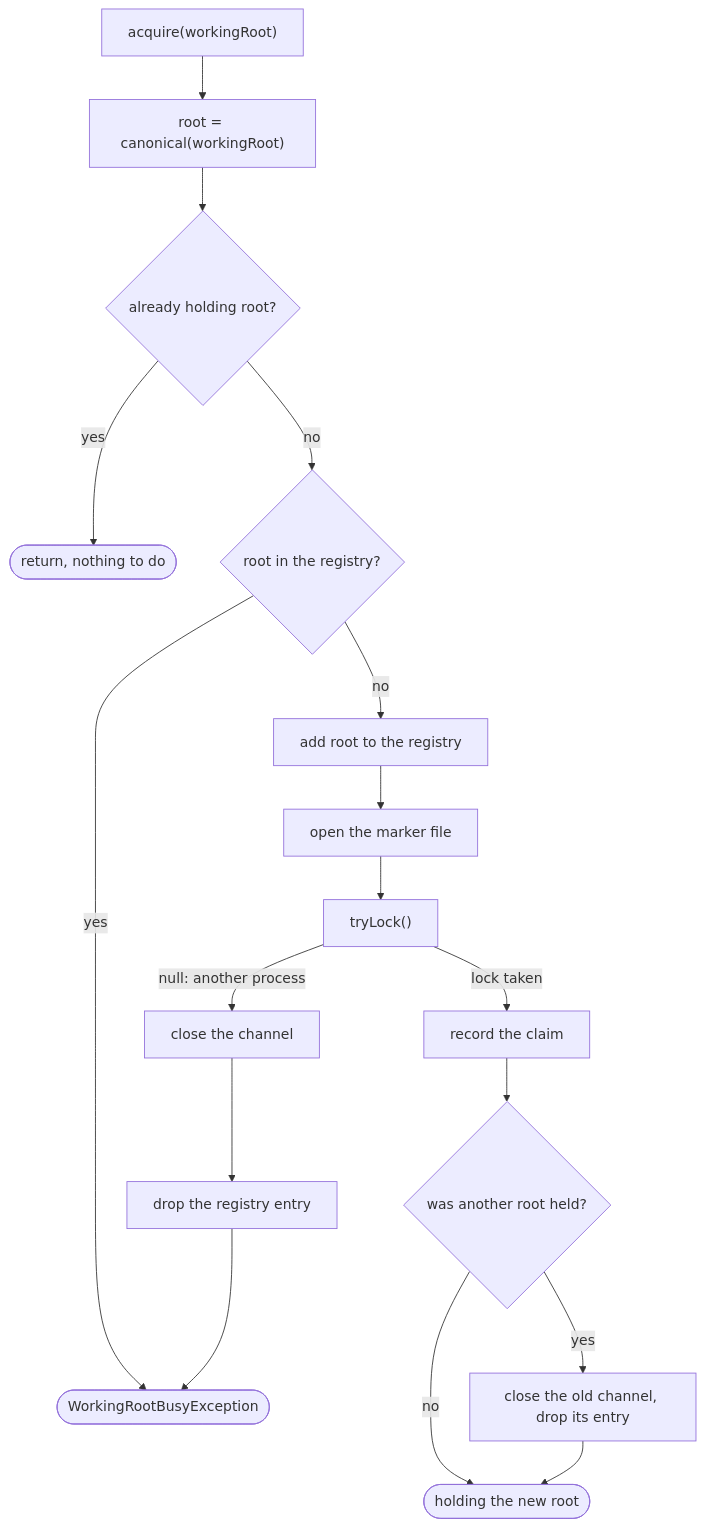
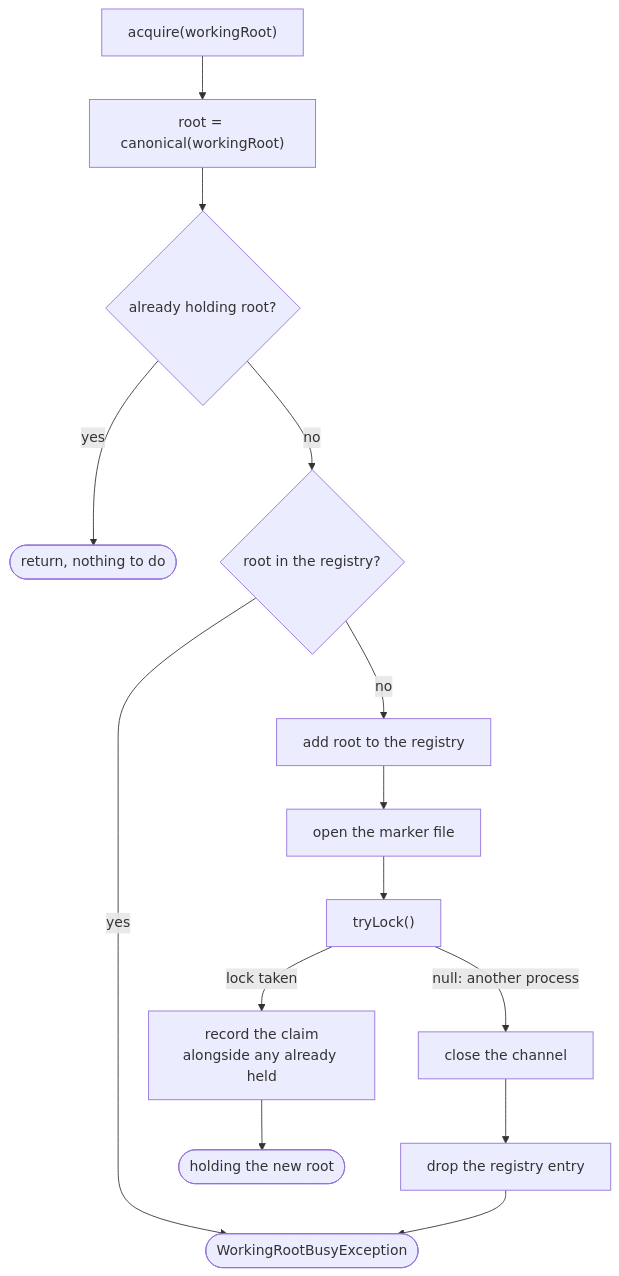
One commit to AdrianNachev91/sluice changed the diagram in app/docs/design/adapter/fs/working-root-lock.md. Above: the diagram before and after it, drawn with Mermaid. The commit also changed other lines of this file and 29 other files, not shown here.

````diff
--- a/app/docs/design/adapter/fs/working-root-lock.md
+++ b/app/docs/design/adapter/fs/working-root-lock.md
@@ -13,19 +13,16 @@
 ```mermaid
 flowchart TD
     A["acquire(workingRoot)"] --> B["root = canonical(workingRoot)"]
     B --> C{"already holding root?"}
     C -- yes --> D(["return, nothing to do"])
     C -- no --> E{"root in the registry?"}
     E -- yes --> F(["WorkingRootBusyException"])
     E -- no --> G["add root to the registry"]
     G --> H["open the marker file"]
     H --> I["tryLock()"]
     I -- "null: another process" --> J["close the channel"]
     J --> K["drop the registry entry"]
     K --> F
-    I -- "lock taken" --> L["record the claim"]
-    L --> M{"was another root held?"}
-    M -- no --> N(["holding the new root"])
-    M -- yes --> O["close the old channel, drop its entry"]
-    O --> N
+    I -- "lock taken" --> L["record the claim<br/>alongside any already held"]
+    L --> N(["holding the new root"])
 ```
````
